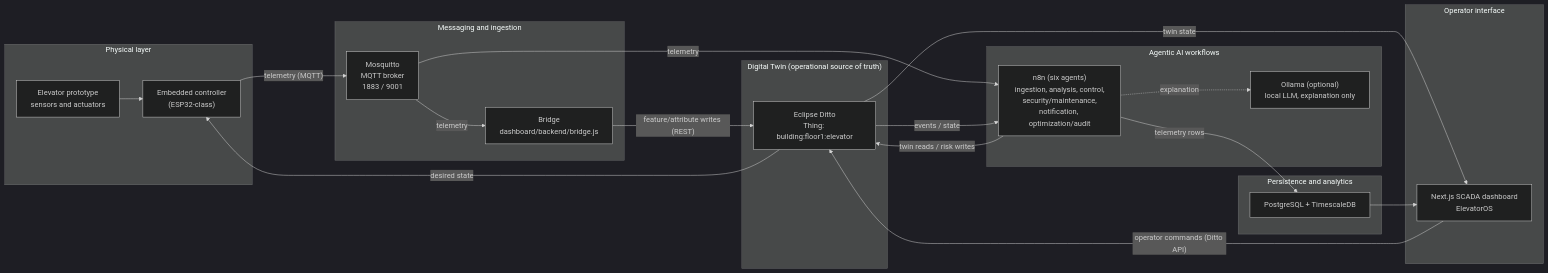
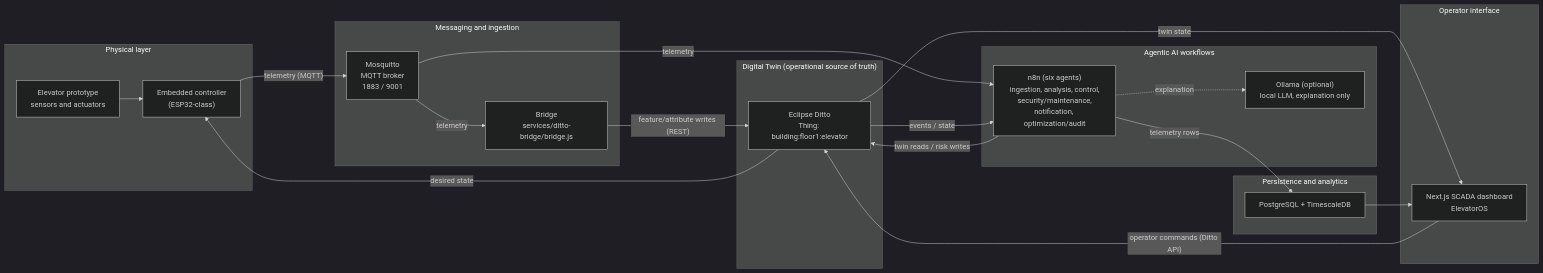
One commit to abdelrahmen-zaouidi/smart-elevator-digital-twin changed the first of 8 diagrams in docs/system-architecture-and-design-chapter.md. Above: the diagram before and after it, drawn with Mermaid (dark theme). The commit also changed other lines of this file and 284 other files, not shown here.

````diff
--- a/docs/system-architecture-and-design-chapter.md
+++ b/docs/system-architecture-and-design-chapter.md
@@ -57,43 +76,43 @@
 ```mermaid
 flowchart LR
     subgraph Field["Physical layer"]
         ELV["Elevator prototype<br/>sensors and actuators"]
         ESP["Embedded controller<br/>(ESP32-class)"]
     end
 
     subgraph Ingest["Messaging and ingestion"]
         MQ["Mosquitto<br/>MQTT broker<br/>1883 / 9001"]
-        BR["Bridge<br/>dashboard/backend/bridge.js"]
+        BR["Bridge<br/>services/ditto-bridge/bridge.js"]
     end
 
     subgraph Twin["Digital Twin (operational source of truth)"]
         DT["Eclipse Ditto<br/>Thing: building:floor1:elevator"]
     end
 
     subgraph Brain["Agentic AI workflows"]
         N8N["n8n (six agents)<br/>ingestion, analysis, control,<br/>security/maintenance,<br/>notification, optimization/audit"]
         OL["Ollama (optional)<br/>local LLM, explanation only"]
     end
 
     subgraph Hist["Persistence and analytics"]
         PG["PostgreSQL + TimescaleDB"]
     end
 
     subgraph UI["Operator interface"]
         UX["Next.js SCADA dashboard<br/>ElevatorOS"]
     end
 
     ELV --> ESP
     ESP -- "telemetry (MQTT)" --> MQ
     MQ -- "telemetry" --> BR
     MQ -- "telemetry" --> N8N
     BR -- "feature/attribute writes (REST)" --> DT
     N8N -- "twin reads / risk writes" --> DT
     DT -- "events / state" --> N8N
     DT -- "twin state" --> UX
     UX -- "operator commands (Ditto API)" --> DT
     N8N -- "telemetry rows" --> PG
     PG --> UX
     N8N -. "explanation" .-> OL
     DT -- "desired state" --> ESP
 ```
````
